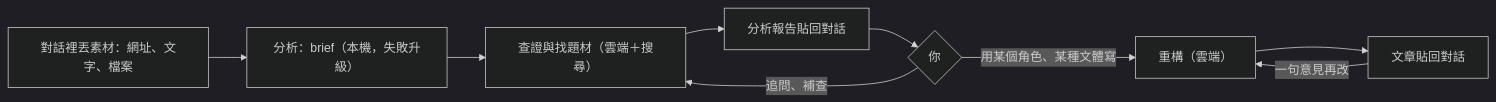
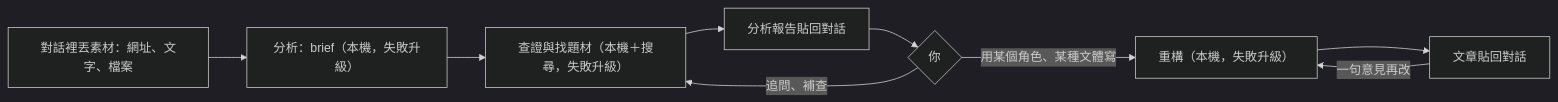
One commit to Zenobia000/evidence-forge changed the diagram in docs/10-truth/requirements/prd.md. Above: the diagram before and after it, drawn with Mermaid (dark theme). The commit also changed other lines of this file and 6 other files, not shown here.

````diff
--- a/docs/10-truth/requirements/prd.md
+++ b/docs/10-truth/requirements/prd.md
@@ -21,11 +21,11 @@
 ```mermaid
 flowchart LR
     A["對話裡丟素材：網址、文字、檔案"] --> B["分析：brief（本機，失敗升級）"]
-    B --> C["查證與找題材（雲端＋搜尋）"]
+    B --> C["查證與找題材（本機＋搜尋，失敗升級）"]
     C --> D["分析報告貼回對話"]
     D --> E{"你"}
     E -- "追問、補查" --> C
-    E -- "用某個角色、某種文體寫" --> F["重構（雲端）"]
+    E -- "用某個角色、某種文體寫" --> F["重構（本機，失敗升級）"]
     F --> G["文章貼回對話"]
     G -- "一句意見再改" --> F
 ```
````
